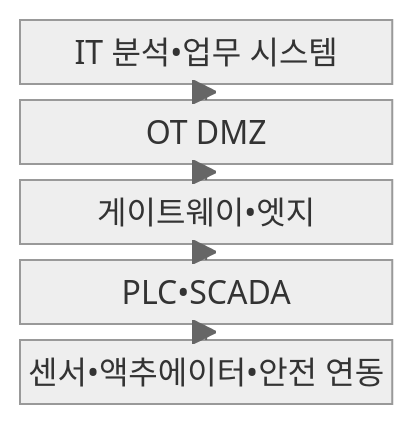
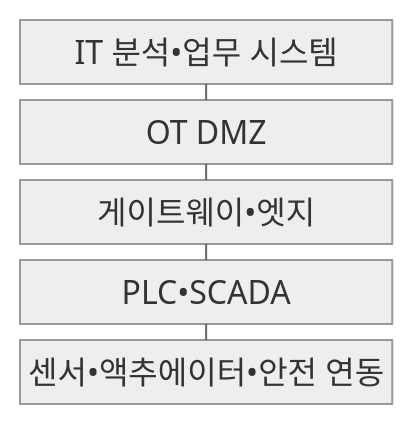
One commit to agnusdei1207/knowledge-base changed the first of 2 diagrams in src/content/docs/notes/04-network/080_industrial_iot.md. Above: the diagram before and after it, drawn with Mermaid (neutral theme). The commit also changed other lines of this file and 493 other files, not shown here.

````diff
--- a/src/content/docs/notes/04-network/080_industrial_iot.md
+++ b/src/content/docs/notes/04-network/080_industrial_iot.md
@@ -68,13 +68,13 @@
 ```mermaid
 block-beta
     columns 1
     IT["IT 분석•업무 시스템"]
     DMZ["OT DMZ"]
     EDGE["게이트웨이•엣지"]
     CONTROL["PLC•SCADA"]
     FIELD["센서•액추에이터•안전 연동"]
-    FIELD --> CONTROL
-    CONTROL --> EDGE
-    EDGE --> DMZ
-    DMZ --> IT
+    FIELD --- CONTROL
+    CONTROL --- EDGE
+    EDGE --- DMZ
+    DMZ --- IT
 ```
````
